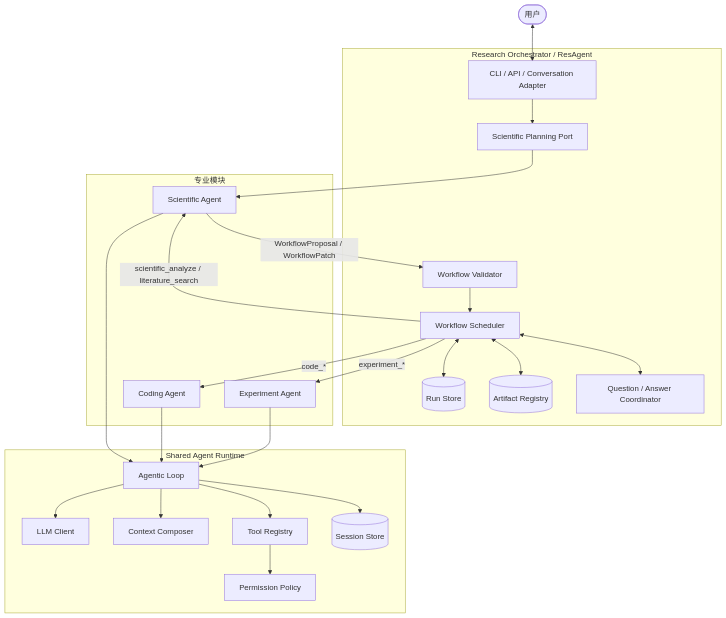
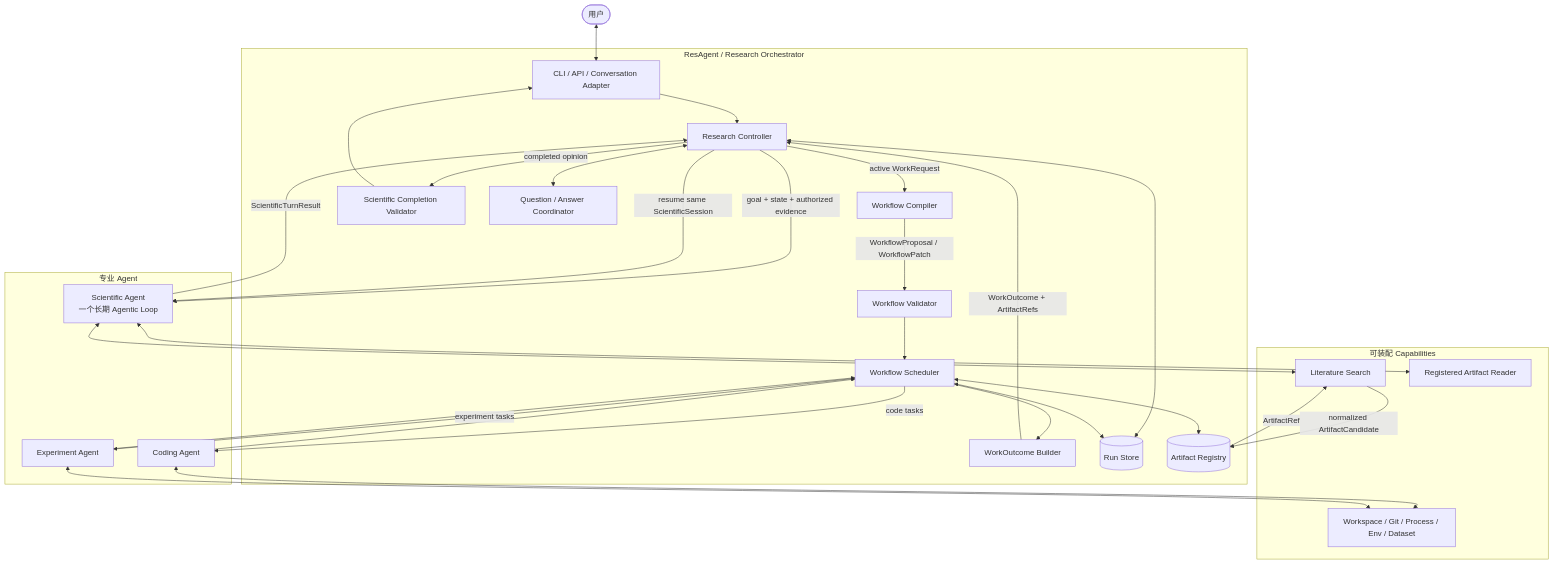
The first of 4 diagrams in docs/ARCHITECTURE.md (ylc123456789/ResAgent2), drawn with Mermaid before and after one commit. The commit also changed other lines of this file and 8 other files, not shown here.

Commit message:
docs: define phase 7 scientific control architecture

````diff
--- a/docs/ARCHITECTURE.md
+++ b/docs/ARCHITECTURE.md
@@ -79,50 +106,52 @@
 ```mermaid
 flowchart TB
     User([用户])
-
-    subgraph ResAgent[Research Orchestrator / ResAgent]
+    subgraph Res[ResAgent / Research Orchestrator]
         Entry[CLI / API / Conversation Adapter]
-        Planning[Scientific Planning Port]
+        Controller[Research Controller]
+        Compiler[Workflow Compiler]
         Validator[Workflow Validator]
         Scheduler[Workflow Scheduler]
+        Outcome[WorkOutcome Builder]
+        Gate[Scientific Completion Validator]
         RunStore[(Run Store)]
-        ArtifactRegistry[(Artifact Registry)]
-        Approval[Question / Answer Coordinator]
+        Registry[(Artifact Registry)]
+        QA[Question / Answer Coordinator]
     end
-
-    subgraph Modules[专业模块]
-        Scientific[Scientific Agent]
-        Coding[Coding Agent]
-        Experiment[Experiment Agent]
+    subgraph Agents[专业 Agent]
+        Sci[Scientific Agent\n一个长期 Agentic Loop]
+        Code[Coding Agent]
+        Exp[Experiment Agent]
     end
-
-    subgraph Runtime[Shared Agent Runtime]
-        Loop[Agentic Loop]
-        LLM[LLM Client]
-        Context[Context Composer]
-        Tools[Tool Registry]
-        Permission[Permission Policy]
-        SessionStore[(Session Store)]
+    subgraph Caps[可装配 Capabilities]
+        Lit[Literature Search]
+        ReadArt[Registered Artifact Reader]
+        Exec[Workspace / Git / Process / Env / Dataset]
     end
-
     User <--> Entry
-    Entry --> Planning
-    Planning --> Scientific
-    Scientific -->|WorkflowProposal / WorkflowPatch| Validator
+    Entry --> Controller
+    Controller -->|goal + state + authorized evidence| Sci
+    Sci -->|ScientificTurnResult| Controller
+    Controller -->|completed opinion| Gate
+    Gate --> Entry
+    Controller -->|active WorkRequest| Compiler
+    Compiler -->|WorkflowProposal / WorkflowPatch| Validator
     Validator --> Scheduler
+    Scheduler -->|code tasks| Code
+    Scheduler -->|experiment tasks| Exp
+    Code --> Scheduler
+    Exp --> Scheduler
+    Scheduler --> Outcome
+    Outcome -->|WorkOutcome + ArtifactRefs| Controller
+    Controller -->|resume same ScientificSession| Sci
+    Sci <--> Lit
+    Sci <--> ReadArt
+    Lit -->|normalized ArtifactCandidate| Registry
+    Registry -->|ArtifactRef| Lit
+    Code <--> Exec
+    Exp <--> Exec
+    Controller <--> QA
+    Controller <--> RunStore
     Scheduler <--> RunStore
-    Scheduler <--> ArtifactRegistry
-    Scheduler <--> Approval
-    Scheduler -->|scientific_analyze / literature_search| Scientific
-    Scheduler -->|code_*| Coding
-    Scheduler -->|experiment_*| Experiment
-
-    Scientific --> Loop
-    Coding --> Loop
-    Experiment --> Loop
-    Loop --> LLM
-    Loop --> Context
-    Loop --> Tools
-    Tools --> Permission
-    Loop --> SessionStore
+    Scheduler <--> Registry
 ```
````
